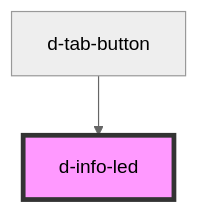
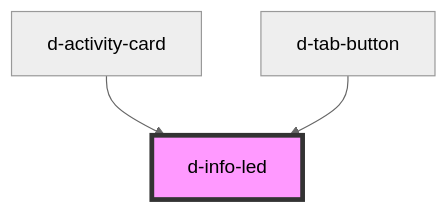
Before and after one commit to ForkbombEu/didroom-components: the diagram in src/components/info-led/readme.md, drawn with Mermaid (neutral theme). The commit also changed other lines of this file and 9 other files, not shown here.

First line of the commit message:
feat: activity card (#101)

````diff
--- a/src/components/info-led/readme.md
+++ b/src/components/info-led/readme.md
@@ -22,5 +23,6 @@
 ```mermaid
 graph TD;
+  d-activity-card --> d-info-led
   d-tab-button --> d-info-led
   style d-info-led fill:#f9f,stroke:#333,stroke-width:4px
 ```
````
